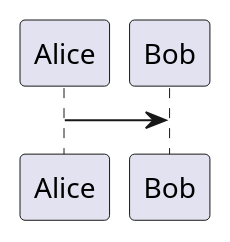
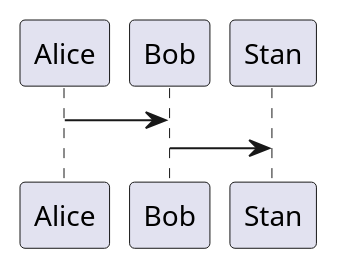
The diagram in Task1/ATCK_C4_Context_alternative.puml (mirray/MSA-AgroTech), drawn with PlantUML before and after one commit.

Commit message:
test commit on empty diagram

```diff
--- a/Task1/ATCK_C4_Context_alternative.puml
+++ b/Task1/ATCK_C4_Context_alternative.puml
@@ -1,3 +1,4 @@
 @startuml Alternative
 Alice -> Bob
+Bob -> Stan
 @enduml
```
